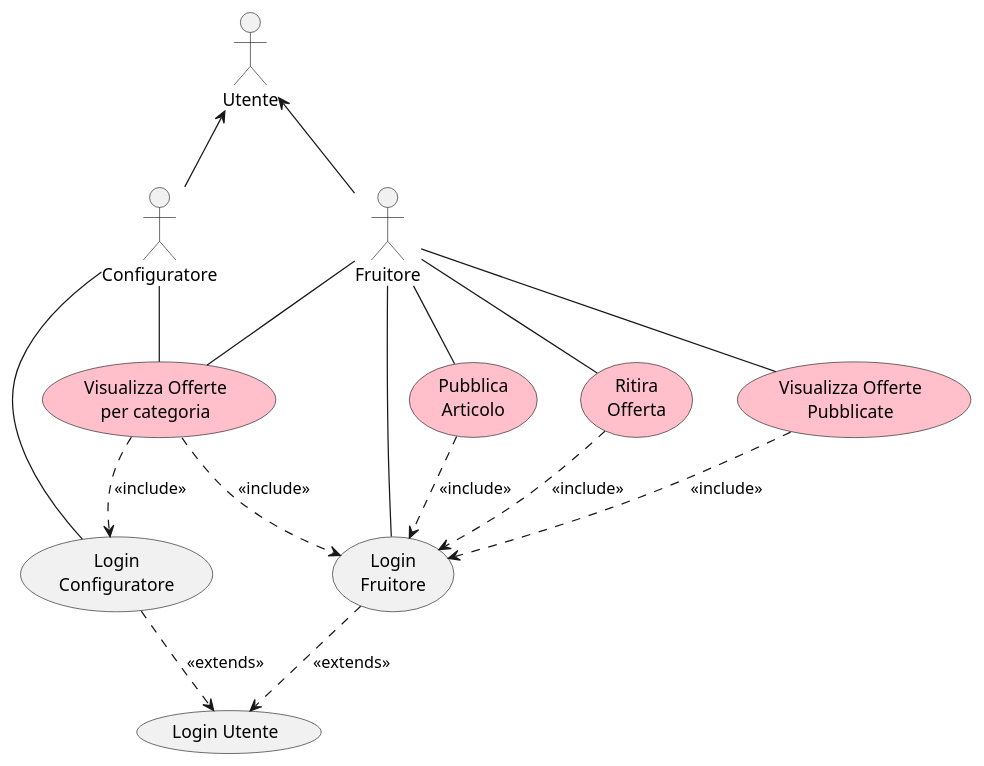
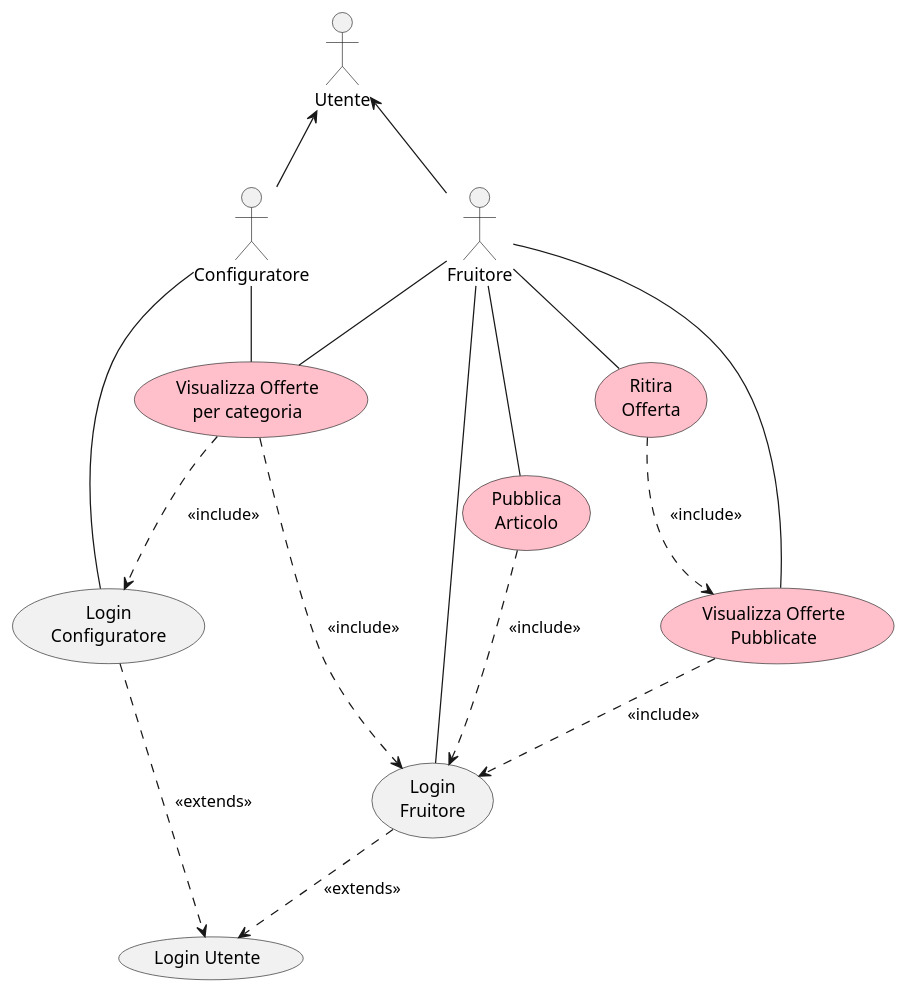
The diagram in Documentation/Ver3/usecase.puml (bernagit/IngegneriaSoftware), drawn with PlantUML before and after one commit.

Commit message:
fix use_cases V3

```diff
--- a/Documentation/Ver3/usecase.puml
+++ b/Documentation/Ver3/usecase.puml
@@ -1,57 +1,57 @@
 @startuml ver1
 
 :Configuratore: as conf
 :Utente: as user
 ':Amministratore: as admin
 conf -up-> user
 
 conf -- (Login\nConfiguratore)
 'conf -- (Visualizza\nGerarchia)
 'conf -- (Creazione\nGerarchia)
 'conf -- (Registrazione\nConfiguratore)
 
 'admin -- (Registrazione\nConfiguratore)
 
 '(Creazione\nGerarchia) ..> (Login\nConfiguratore): <<include>>
 (Login\nConfiguratore) ..> (Login Utente): <<extends>>
 
 'Versione 2'
 
 :Fruitore: as fruit
 fruit -up-> user
 
 '(Aggiungi\nScambio)
 (Login\nFruitore)
 '(Registrazione\nFruitore)
 '(Visualizza\nScambi)
 
 'conf --(Aggiungi\nScambio)
 'fruit -- (Visualizza\nScambi)
 'fruit -- (Registrazione\nFruitore)
 fruit -- (Login\nFruitore)
 
 (Login\nFruitore) ..> (Login Utente): <<extends>>
 '(Visualizza\nScambi) ..> (Login\nFruitore): <<include>>
 '(Aggiungi\nScambio) ..> (Login\nConfiguratore): <<include>>
 
 'versione 3'
 (Visualizza Offerte\nper categoria) #Pink
 (Pubblica\nArticolo) #Pink
 (Ritira\nOfferta) #Pink
 (Visualizza Offerte\nPubblicate) #Pink
 
 fruit -- (Visualizza Offerte\nper categoria)
 fruit -- (Pubblica\nArticolo)
 fruit -- (Ritira\nOfferta)
 fruit -- (Visualizza Offerte\nPubblicate)
 conf -- (Visualizza Offerte\nper categoria)
 
 (Visualizza Offerte\nper categoria) ..> (Login\nFruitore): <<include>>
 (Pubblica\nArticolo) ..> (Login\nFruitore): <<include>>
-(Ritira\nOfferta) ..> (Login\nFruitore): <<include>>
+(Ritira\nOfferta) ..> (Visualizza Offerte\nPubblicate): <<include>>
 (Visualizza Offerte\nPubblicate) ..> (Login\nFruitore): <<include>>
 (Visualizza Offerte\nper categoria) ..> (Login\nConfiguratore): <<include>>
 
 
 
 @enduml
```
